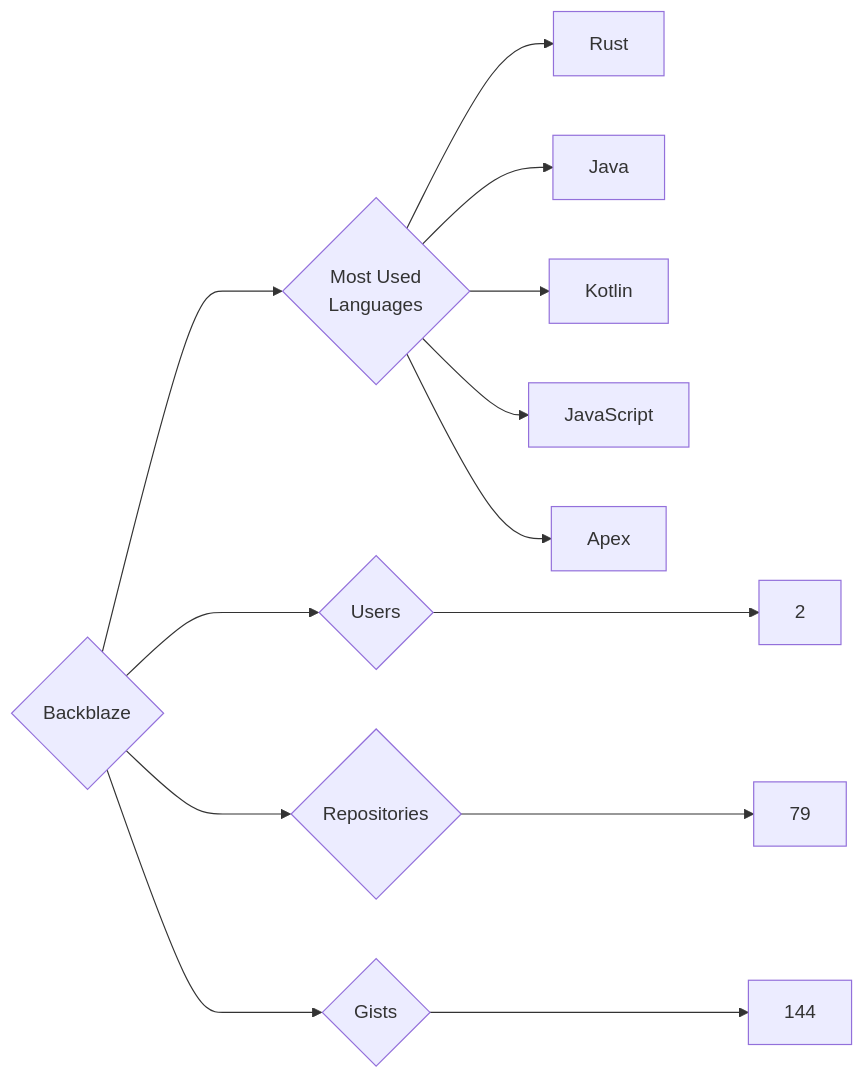
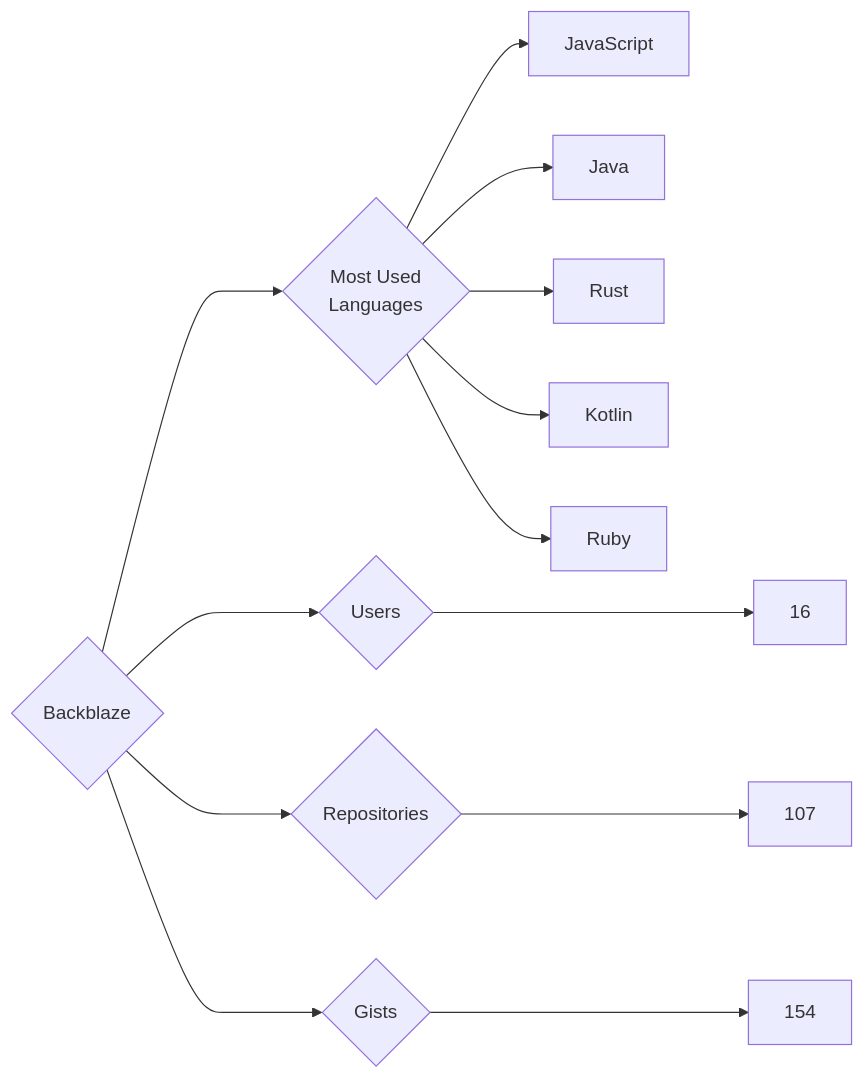
Before and after one commit to trickest/insiders: the diagram in targets/Backblaze/README.md, drawn with Mermaid. The commit also changed 682 other files, not shown here.

````diff
--- a/targets/Backblaze/README.md
+++ b/targets/Backblaze/README.md
@@ -3,13 +3,13 @@
 ```mermaid
 graph LR
 COMPANY_NAME{Backblaze}
-COMPANY_NAME ---> U{Users} ---> UN[2]
-COMPANY_NAME ---> R{Repositories} ---> RN[79]
-COMPANY_NAME ---> G{Gists} ---> GN[144]
+COMPANY_NAME ---> U{Users} ---> UN[16]
+COMPANY_NAME ---> R{Repositories} ---> RN[107]
+COMPANY_NAME ---> G{Gists} ---> GN[154]
 COMPANY_NAME ---> ML{Most Used<br>Languages}
+ML --> JavaScript[JavaScript]
+ML --> Java[Java]
 ML --> Rust[Rust]
-ML --> Java[Java]
 ML --> Kotlin[Kotlin]
-ML --> JavaScript[JavaScript]
-ML --> Apex[Apex]
+ML --> Ruby[Ruby]
 ```
````
